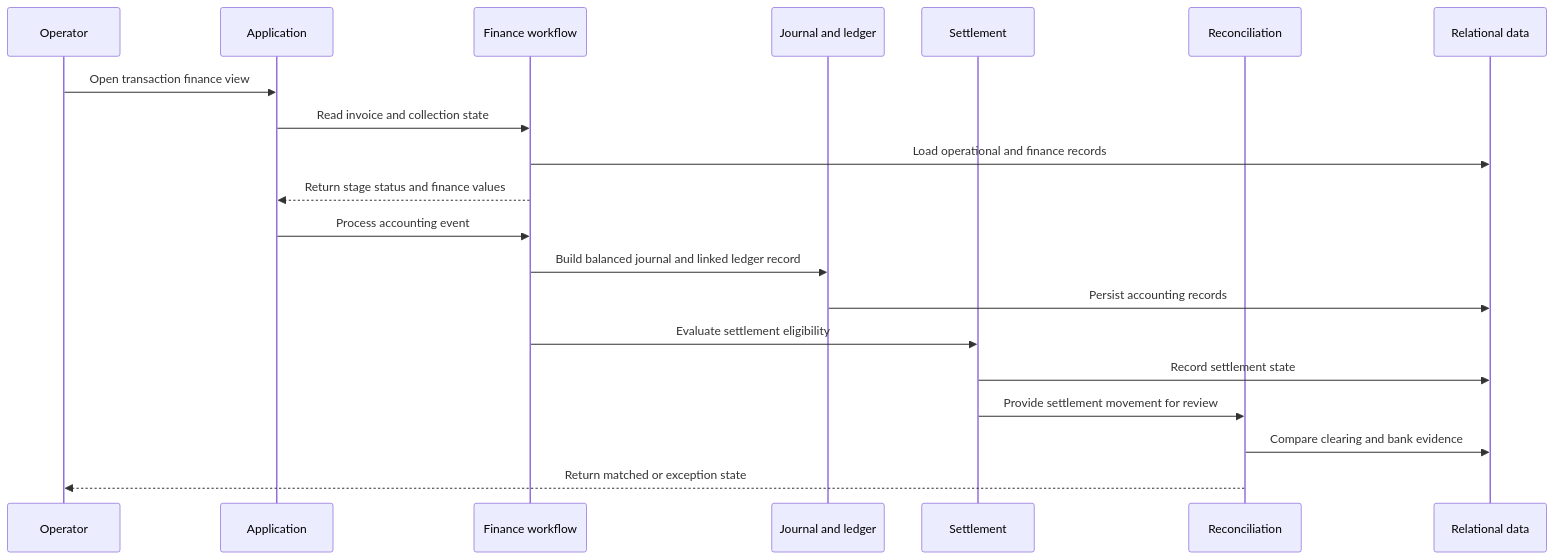
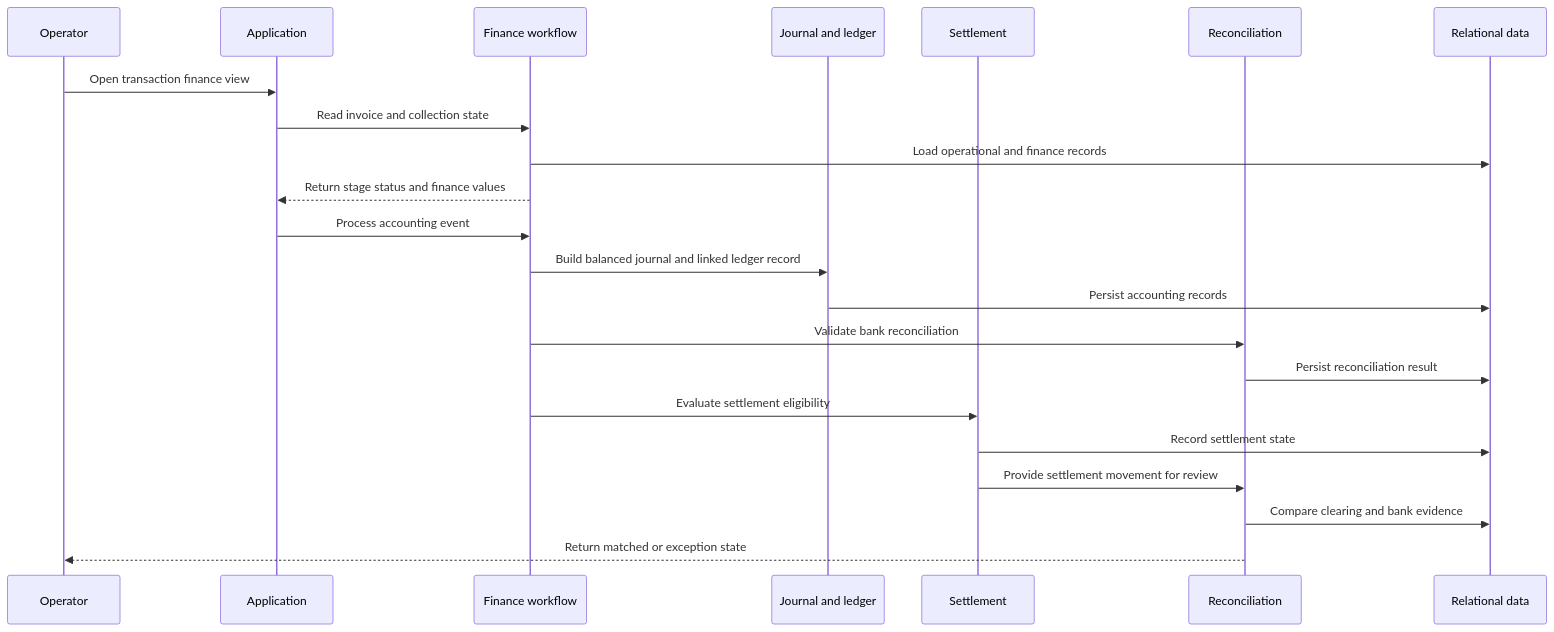
Before and after one commit to SalMukhrish/marketplace-finance-operations: the second of 2 diagrams in docs/transaction-lifecycle.md, drawn with Mermaid. The commit also changed other lines of this file and 2 other files, not shown here.

````diff
--- a/docs/transaction-lifecycle.md
+++ b/docs/transaction-lifecycle.md
@@ -58,23 +77,25 @@
 ```mermaid
 sequenceDiagram
   participant O as Operator
   participant A as Application
   participant W as Finance workflow
   participant J as Journal and ledger
   participant S as Settlement
   participant R as Reconciliation
   participant D as Relational data
 
   O->>A: Open transaction finance view
   A->>W: Read invoice and collection state
   W->>D: Load operational and finance records
   W-->>A: Return stage status and finance values
   A->>W: Process accounting event
   W->>J: Build balanced journal and linked ledger record
   J->>D: Persist accounting records
+  W->>R: Validate bank reconciliation
+  R->>D: Persist reconciliation result
   W->>S: Evaluate settlement eligibility
   S->>D: Record settlement state
   S->>R: Provide settlement movement for review
   R->>D: Compare clearing and bank evidence
   R-->>O: Return matched or exception state
 ```
````
